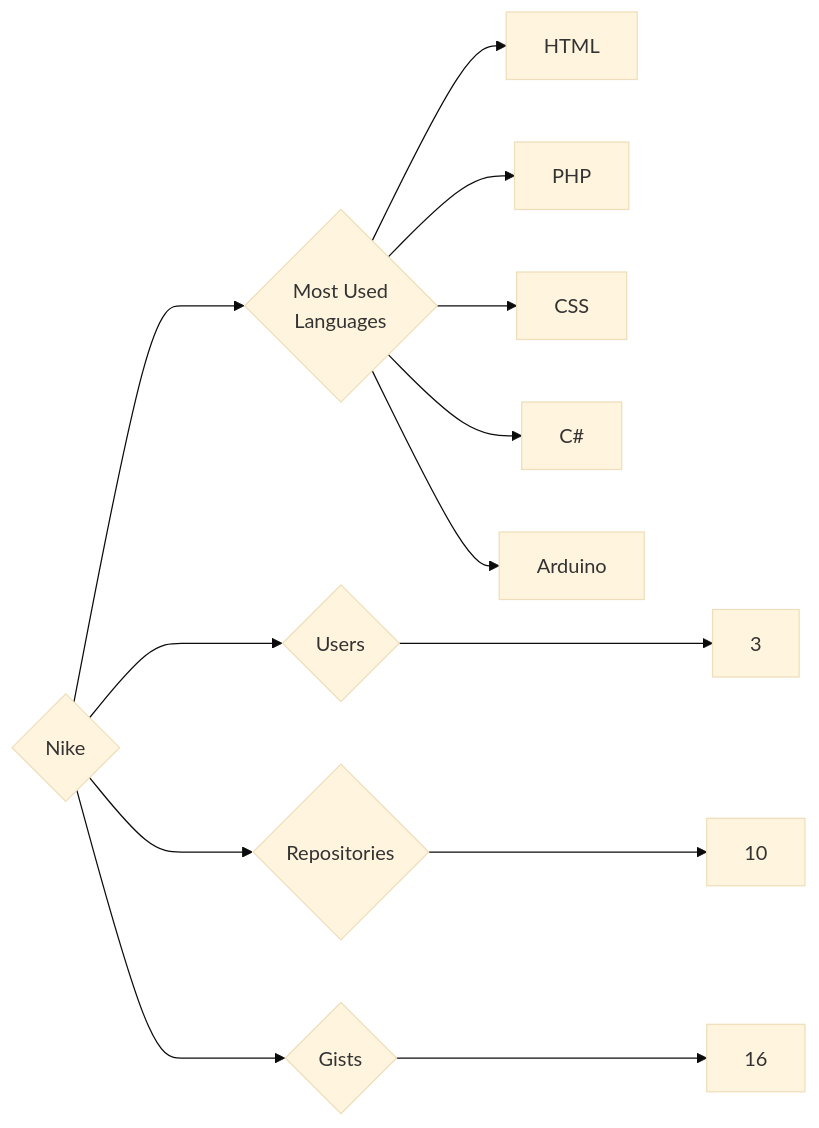
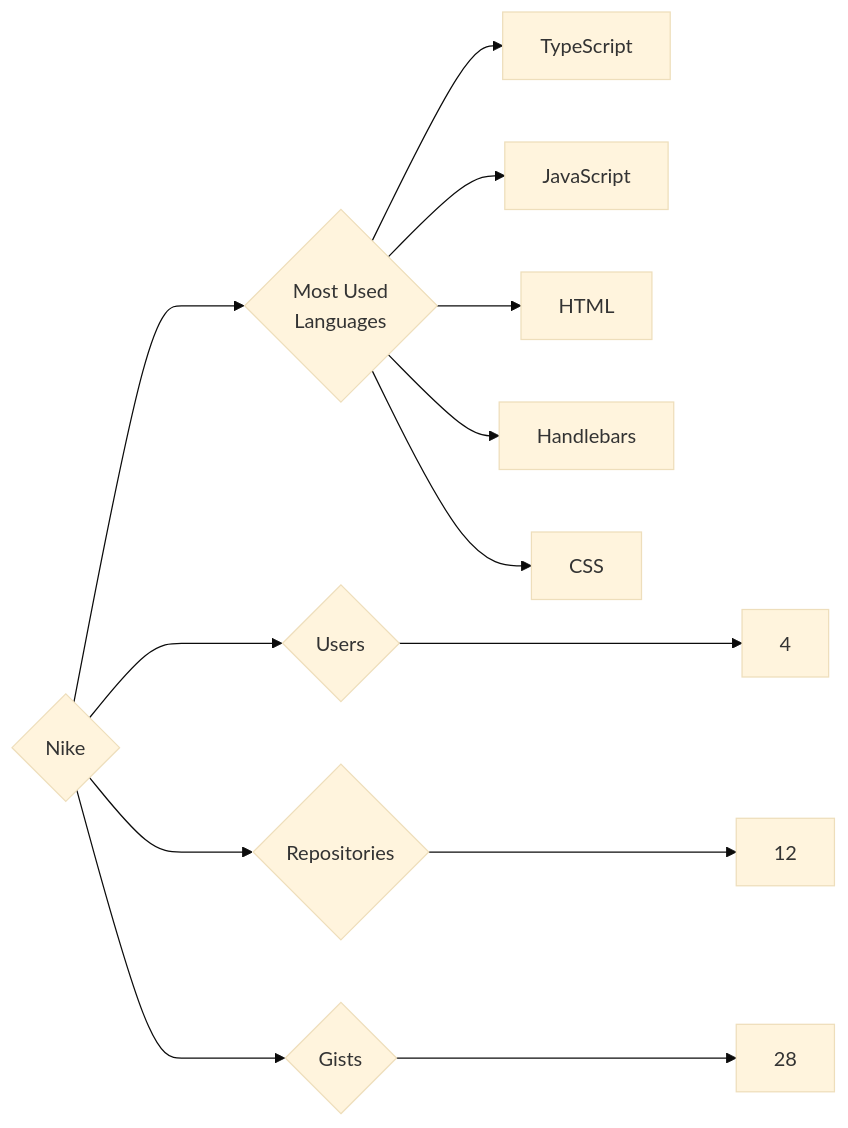
The diagram in targets/Nike/README.md (trickest/insiders), drawn with Mermaid (base theme) before and after one commit. The commit also changed 1389 other files, not shown here.

````diff
--- a/targets/Nike/README.md
+++ b/targets/Nike/README.md
@@ -3,13 +3,13 @@
 ```mermaid
 graph LR
 COMPANY_NAME{Nike}
-COMPANY_NAME ---> U{Users} ---> UN[3]
-COMPANY_NAME ---> R{Repositories} ---> RN[10]
-COMPANY_NAME ---> G{Gists} ---> GN[16]
+COMPANY_NAME ---> U{Users} ---> UN[4]
+COMPANY_NAME ---> R{Repositories} ---> RN[12]
+COMPANY_NAME ---> G{Gists} ---> GN[28]
 COMPANY_NAME ---> ML{Most Used<br>Languages}
+ML --> TypeScript[TypeScript]
+ML --> JavaScript[JavaScript]
 ML --> HTML[HTML]
-ML --> PHP[PHP]
+ML --> Handlebars[Handlebars]
 ML --> CSS[CSS]
-ML --> C#[C#]
-ML --> Arduino[Arduino]
 ```
````
